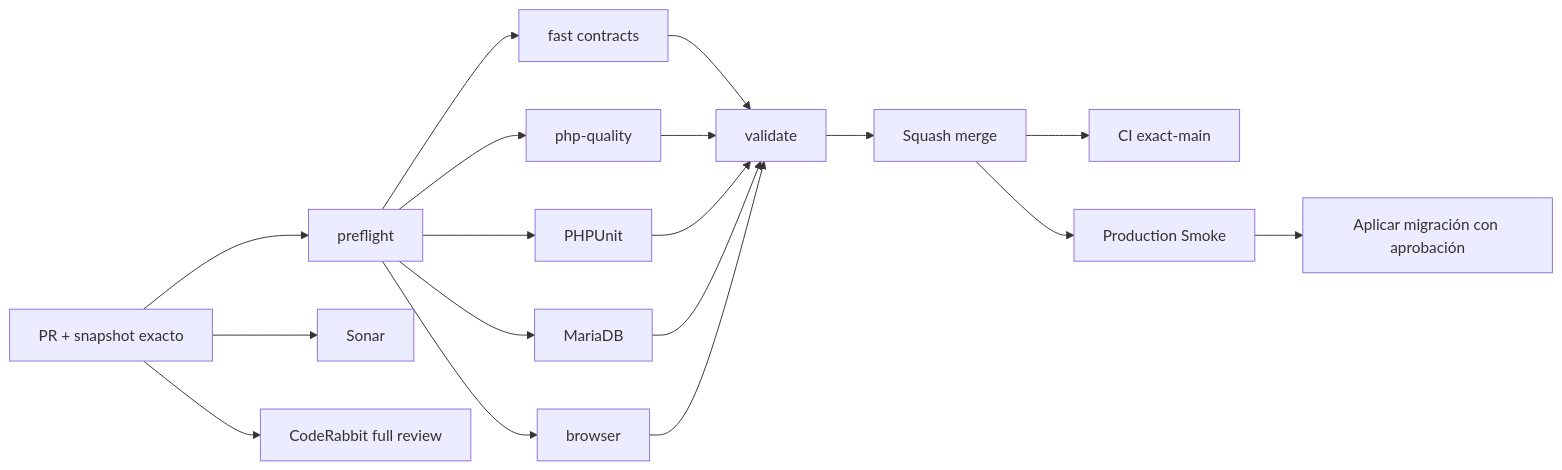
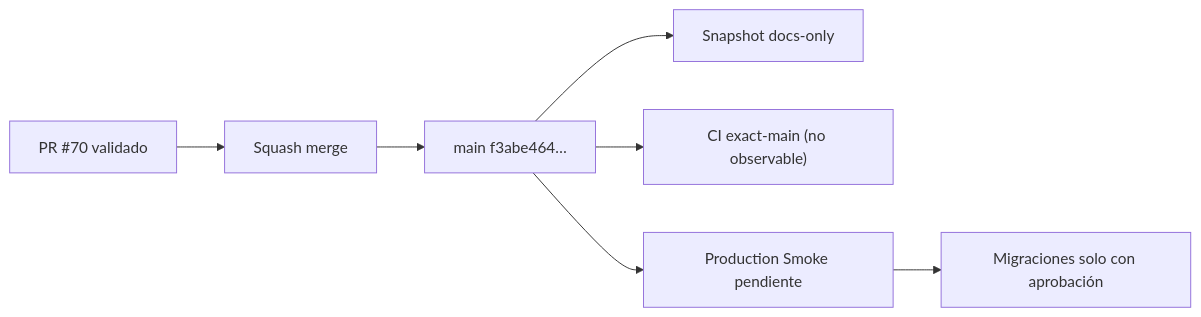
One commit to drpipe1098-commits/GrindFlow changed the diagram in README.md. Above: the diagram before and after it, drawn with Mermaid. The commit also changed other lines of this file, not shown here.

Commit message:
docs: sync distribution post-merge snapshot

````diff
--- a/README.md
+++ b/README.md
@@ -48,20 +48,9 @@
 ```mermaid
 flowchart LR
-    A["PR + snapshot exacto"] --> P["preflight"]
-    P --> F["fast contracts"]
-    P --> Q["php-quality"]
-    P --> T["PHPUnit"]
-    P --> D["MariaDB"]
-    P --> B["browser"]
-    A --> S["Sonar"]
-    A --> C["CodeRabbit full review"]
-    F --> V["validate"]
-    Q --> V
-    T --> V
-    D --> V
-    B --> V
-    V --> M["Squash merge"]
-    M --> X["CI exact-main"]
-    M --> R["Production Smoke"]
-    R --> G["Aplicar migración con aprobación"]
+    A["PR #70 validado"] --> M["Squash merge"]
+    M --> N["main f3abe464…"]
+    N --> D["Snapshot docs-only"]
+    N --> X["CI exact-main (no observable)"]
+    N --> R["Production Smoke pendiente"]
+    R --> G["Migraciones solo con aprobación"]
 ```
````
